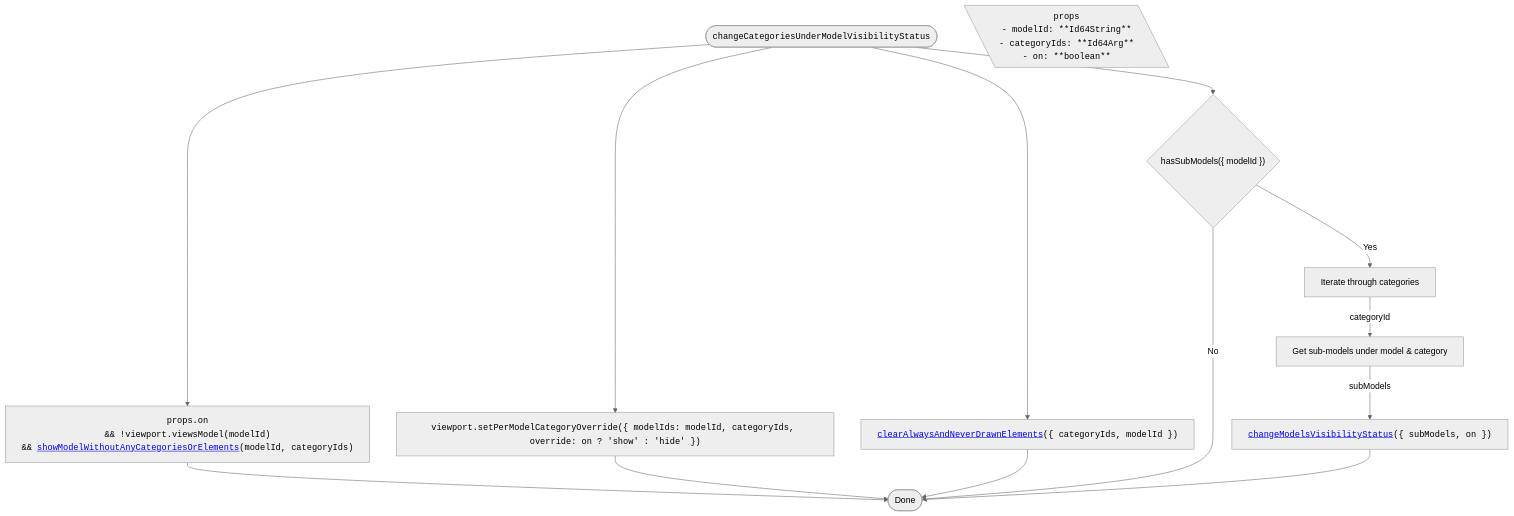
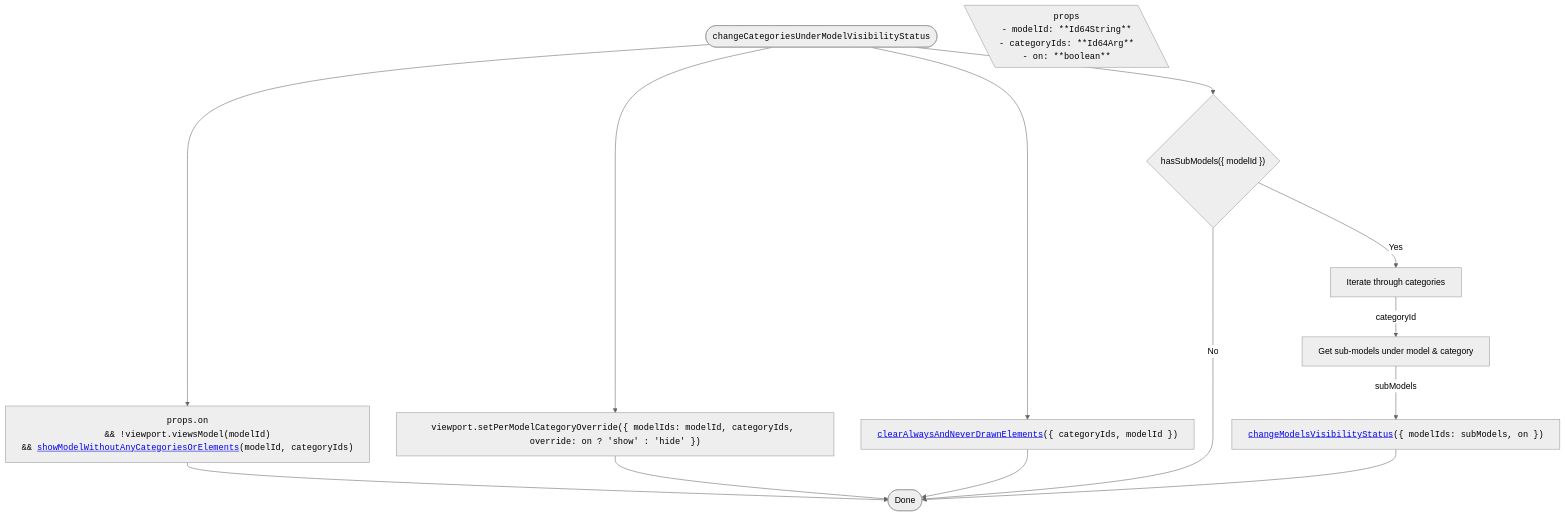
Before and after one commit to iTwin/viewer-components-react: the ninth of 14 diagrams in packages/itwin/tree-widget/docs/SharedVisibilityHandling.md, drawn with Mermaid (neutral theme).

Commit message:
Potential fix for pull request finding

````diff
--- a/packages/itwin/tree-widget/docs/SharedVisibilityHandling.md
+++ b/packages/itwin/tree-widget/docs/SharedVisibilityHandling.md
@@ -568,34 +568,34 @@
 ```mermaid
 ---
 config:
   flowchart:
     wrappingWidth: 750
     useMaxWidth: false
 ---
 
 flowchart TD
   RESULT_Done([Done])
 
   %% Start
   TITLE(["<code>changeCategoriesUnderModelVisibilityStatus</code>"]) --> A["<code>props.on <br/> && !viewport.viewsModel(modelId) <br/> && <a href='#showmodelwithoutanycategoriesorelements'>showModelWithoutAnyCategoriesOrElements</a>(modelId, categoryIds)</code>"]
 
   PROPS[\"
     <code>props</code>
     <code style='text-align: left;'>- modelId: **Id64String**<br/>- categoryIds: **Id64Arg**<br/>- on: **boolean**</code>
   "\]
 
   %% All run in parallel (merge)
   A --> RESULT_Done
 
   TITLE --> B["<code>viewport.setPerModelCategoryOverride({ modelIds: modelId, categoryIds, override: on ? 'show' : 'hide' })</code>"]
   TITLE --> C["<code><a href='#clearalwaysandneverdrawnelements'>clearAlwaysAndNeverDrawnElements</a>({ categoryIds, modelId })</code>"]
   TITLE --> D{"hasSubModels({ modelId })"}
   D -- Yes --> D1["Iterate through categories"]
   D1 -- categoryId --> D2["Get sub-models under model & category"]
-  D2 -- subModels --> D3["<code><a href='#changemodelsvisibilitystatus'>changeModelsVisibilityStatus</a>({ subModels, on })</code>"]
+  D2 -- subModels --> D3["<code><a href='#changemodelsvisibilitystatus'>changeModelsVisibilityStatus</a>({ modelIds: subModels, on })</code>"]
 
   B --> RESULT_Done
   C --> RESULT_Done
   D -- No --> RESULT_Done
   D3 --> RESULT_Done
 ```
````
